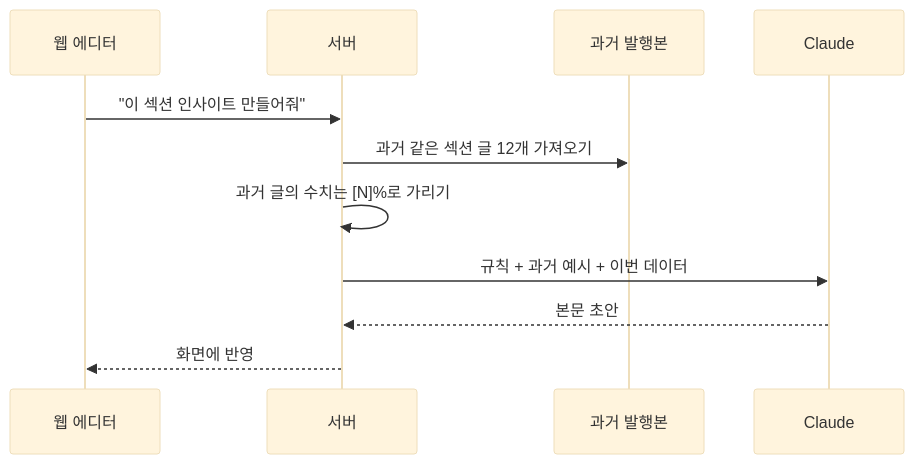
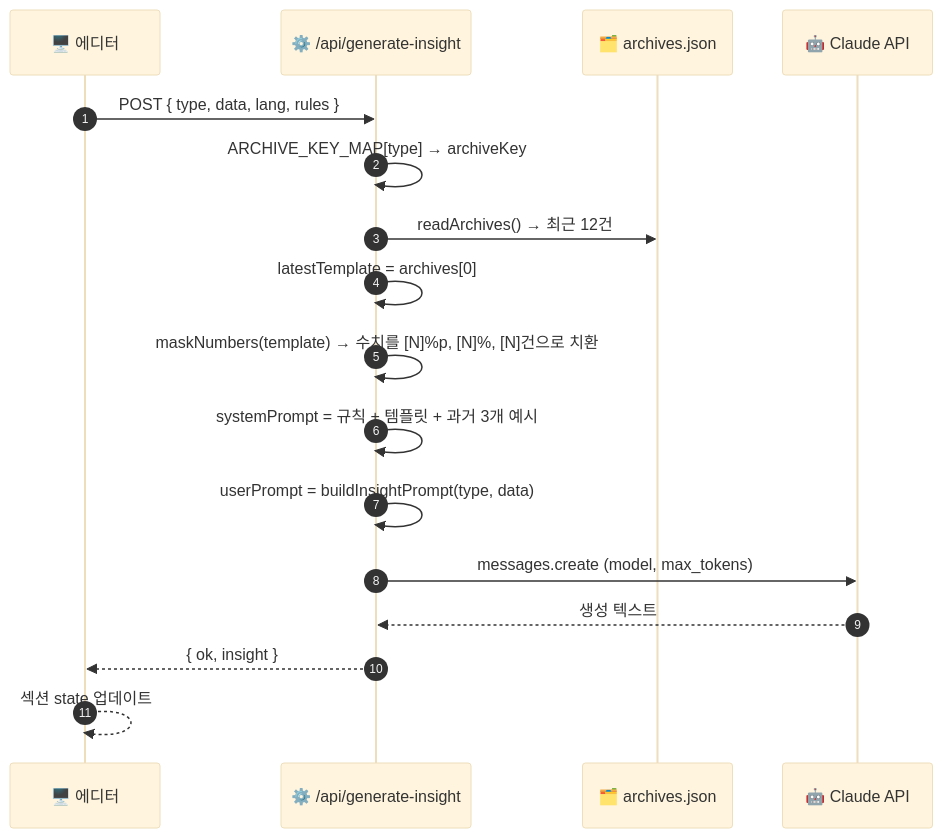
Before and after one commit to mts8787-droid/my-geo-newsletter: the fourth of 14 diagrams in docs/ADMIN_PLAN.md, drawn with Mermaid (base theme). The commit also changed other lines of this file, not shown here.

First line of the commit message:
docs: ADMIN_PLAN v3 — 각주 + 펼침 설명 + 컬러 다이어그램

````diff
--- a/docs/ADMIN_PLAN.md
+++ b/docs/ADMIN_PLAN.md
@@ -160,14 +218,20 @@
 ```mermaid
 sequenceDiagram
-  participant Web as 웹 에디터
-  participant API as 서버
-  participant Arc as 과거 발행본
-  participant Claude
+  autonumber
+  participant Web as 🖥️ 에디터
+  participant API as ⚙️ /api/generate-insight
+  participant Arc as 🗂️ archives.json
+  participant Claude as 🤖 Claude API
 
-  Web->>API: "이 섹션 인사이트 만들어줘"
-  API->>Arc: 과거 같은 섹션 글 12개 가져오기
-  API->>API: 과거 글의 수치는 [N]%로 가리기
-  API->>Claude: 규칙 + 과거 예시 + 이번 데이터
-  Claude-->>API: 본문 초안
-  API-->>Web: 화면에 반영
+  Web->>API: POST { type, data, lang, rules }
+  API->>API: ARCHIVE_KEY_MAP[type] → archiveKey
+  API->>Arc: readArchives() → 최근 12건
+  API->>API: latestTemplate = archives[0]
+  API->>API: maskNumbers(template) → 수치를 [N]%p, [N]%, [N]건으로 치환
+  API->>API: systemPrompt = 규칙 + 템플릿 + 과거 3개 예시
+  API->>API: userPrompt = buildInsightPrompt(type, data)
+  API->>Claude: messages.create (model, max_tokens)
+  Claude-->>API: 생성 텍스트
+  API-->>Web: { ok, insight }
+  Web-->>Web: 섹션 state 업데이트
 ```
````
